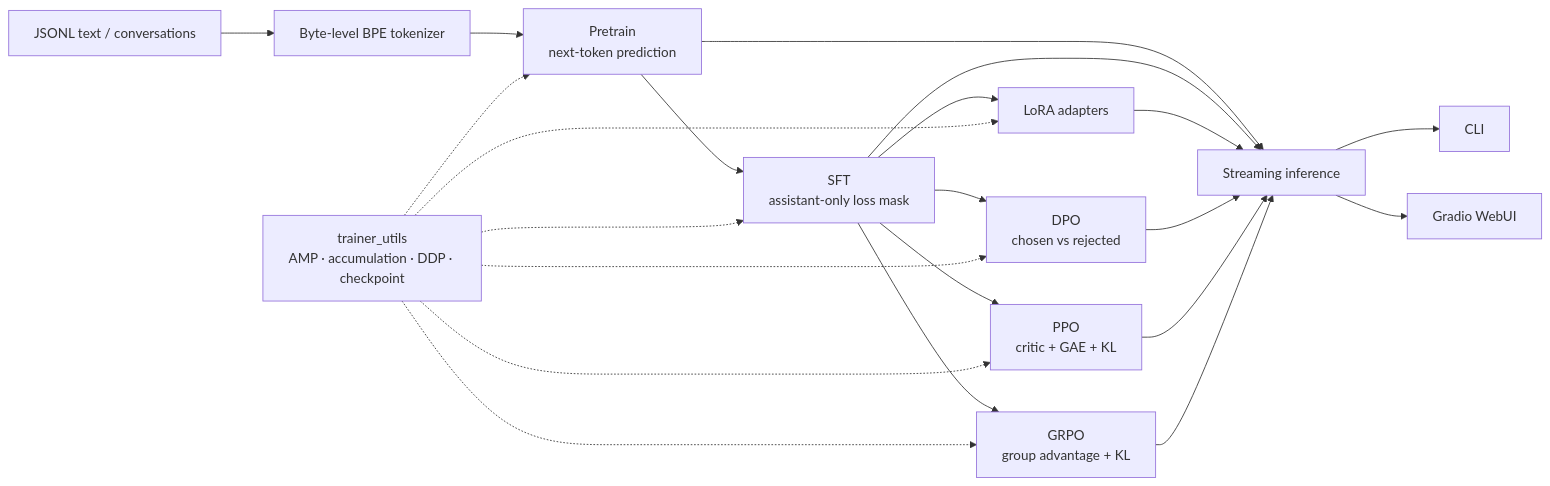
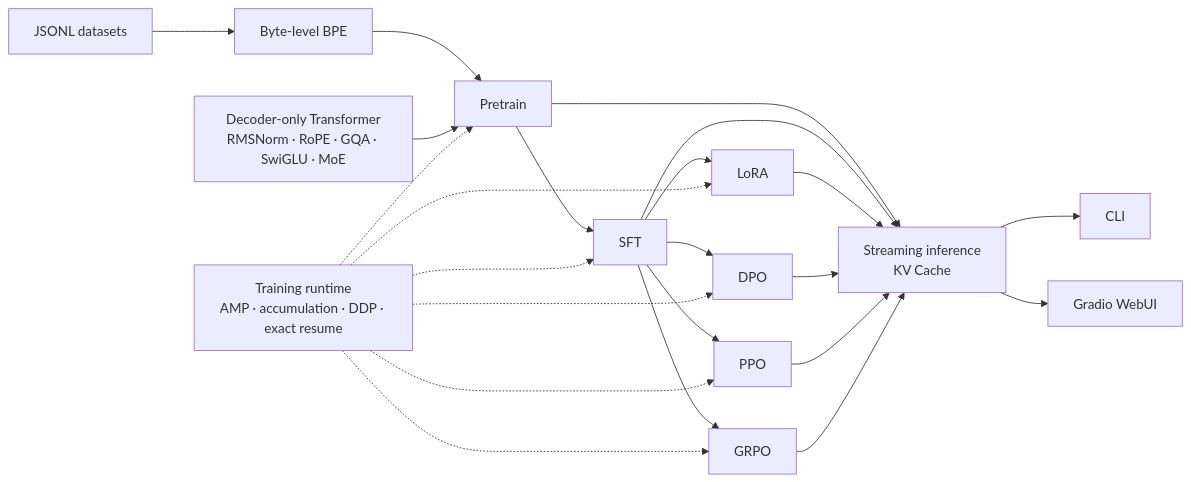
Before and after one commit to ziyang02/minimind_from_scratch: the diagram in README.md, drawn with Mermaid. The commit also changed other lines of this file, not shown here.

````diff
--- a/README.md
+++ b/README.md
@@ -30,24 +45,27 @@
 ```mermaid
 flowchart LR
-    RAW["JSONL text / conversations"] --> TOK["Byte-level BPE tokenizer"]
-    TOK --> PT["Pretrain<br/>next-token prediction"]
-    PT --> SFT["SFT<br/>assistant-only loss mask"]
-    SFT --> LORA["LoRA adapters"]
-    SFT --> DPO["DPO<br/>chosen vs rejected"]
-    SFT --> PPO["PPO<br/>critic + GAE + KL"]
-    SFT --> GRPO["GRPO<br/>group advantage + KL"]
-    PT --> INF["Streaming inference"]
+    DATA["JSONL datasets"] --> TOK["Byte-level BPE"]
+    TOK --> PT["Pretrain"]
+    PT --> SFT["SFT"]
+    SFT --> LORA["LoRA"]
+    SFT --> DPO["DPO"]
+    SFT --> PPO["PPO"]
+    SFT --> GRPO["GRPO"]
+
+    CORE["Decoder-only Transformer<br/>RMSNorm · RoPE · GQA · SwiGLU · MoE"] --> PT
+    TRAIN["Training runtime<br/>AMP · accumulation · DDP · exact resume"] -.-> PT
+    TRAIN -.-> SFT
+    TRAIN -.-> LORA
+    TRAIN -.-> DPO
+    TRAIN -.-> PPO
+    TRAIN -.-> GRPO
+
+    PT --> INF["Streaming inference<br/>KV Cache"]
     SFT --> INF
     LORA --> INF
     DPO --> INF
     PPO --> INF
     GRPO --> INF
     INF --> CLI["CLI"]
     INF --> WEB["Gradio WebUI"]
-    UTILS["trainer_utils<br/>AMP · accumulation · DDP · checkpoint"] -.-> PT
-    UTILS -.-> SFT
-    UTILS -.-> LORA
-    UTILS -.-> DPO
-    UTILS -.-> PPO
-    UTILS -.-> GRPO
 ```
````
